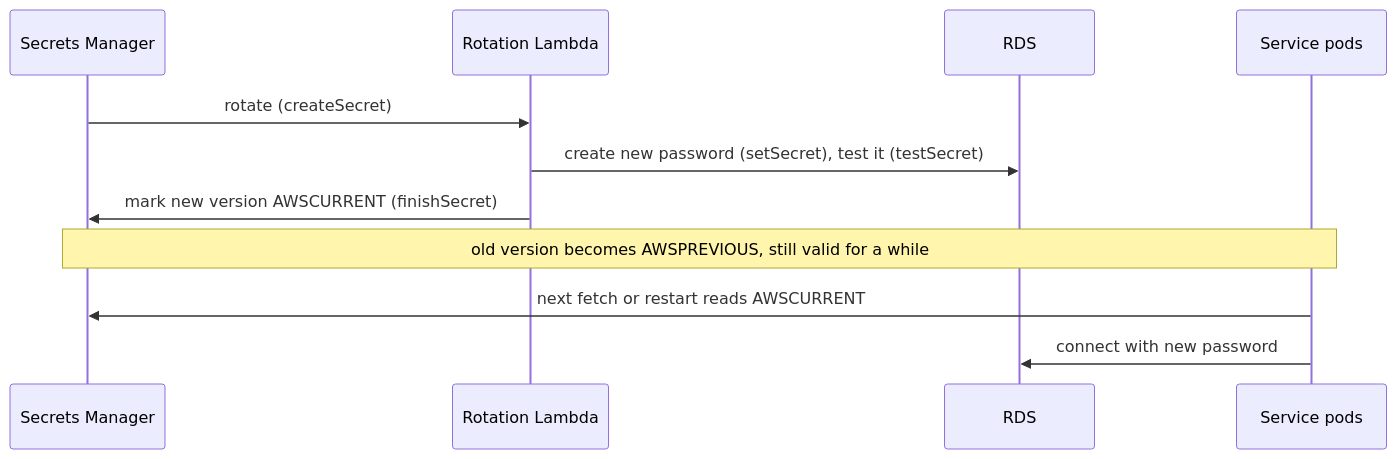
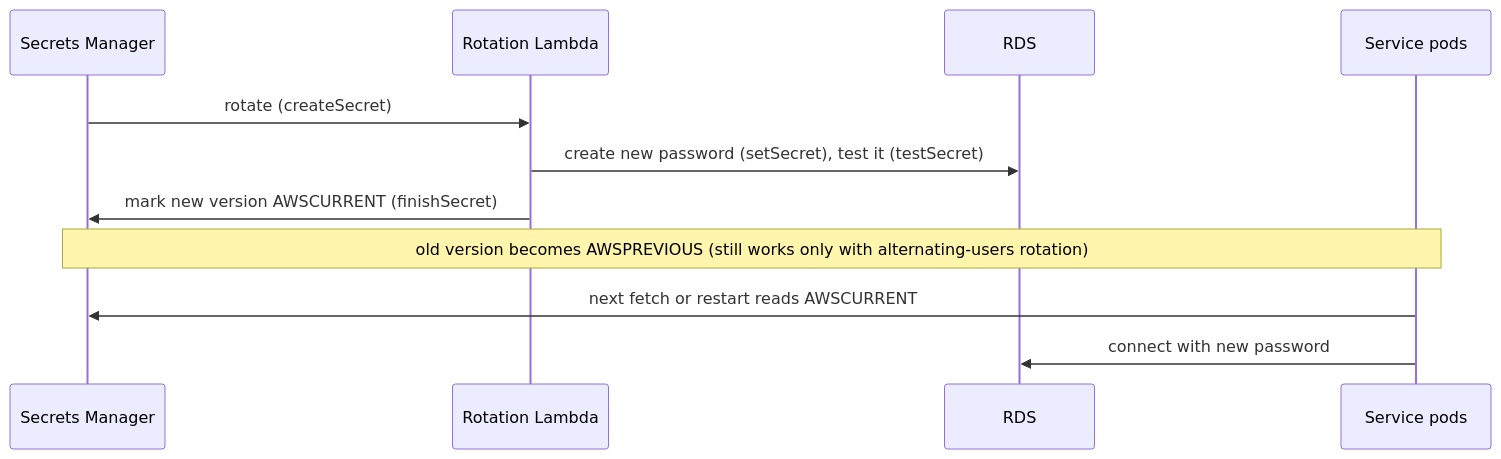
The second of 2 diagrams in docs/microservices/09-configuration-and-secrets-management.md (vishalhulawale/knowledge-base), drawn with Mermaid before and after one commit.

Commit message:
docs(microservices): note that the old secret only stays valid with alternating-users rotation
Claude-Session: https://claude.ai/code/session_013V4zUr2MxC6JdBVnjZL47w

````diff
--- a/docs/microservices/09-configuration-and-secrets-management.md
+++ b/docs/microservices/09-configuration-and-secrets-management.md
@@ -83,13 +83,13 @@
 ```mermaid
 sequenceDiagram
     participant SM as Secrets Manager
     participant L as Rotation Lambda
     participant DB as RDS
     participant App as Service pods
     SM->>L: rotate (createSecret)
     L->>DB: create new password (setSecret), test it (testSecret)
     L->>SM: mark new version AWSCURRENT (finishSecret)
-    Note over SM,App: old version becomes AWSPREVIOUS, still valid for a while
+    Note over SM,App: old version becomes AWSPREVIOUS (still works only with alternating-users rotation)
     App->>SM: next fetch or restart reads AWSCURRENT
     App->>DB: connect with new password
 ```
````
